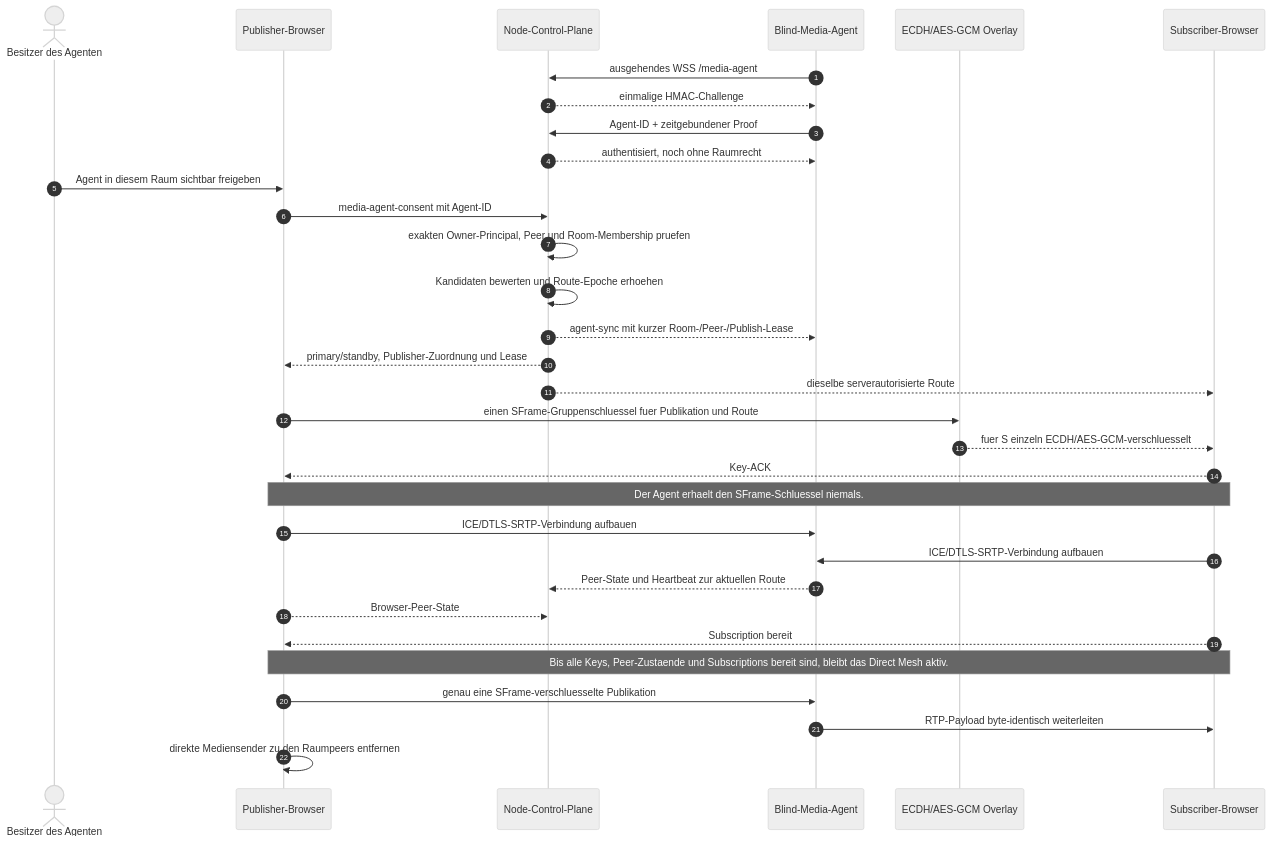
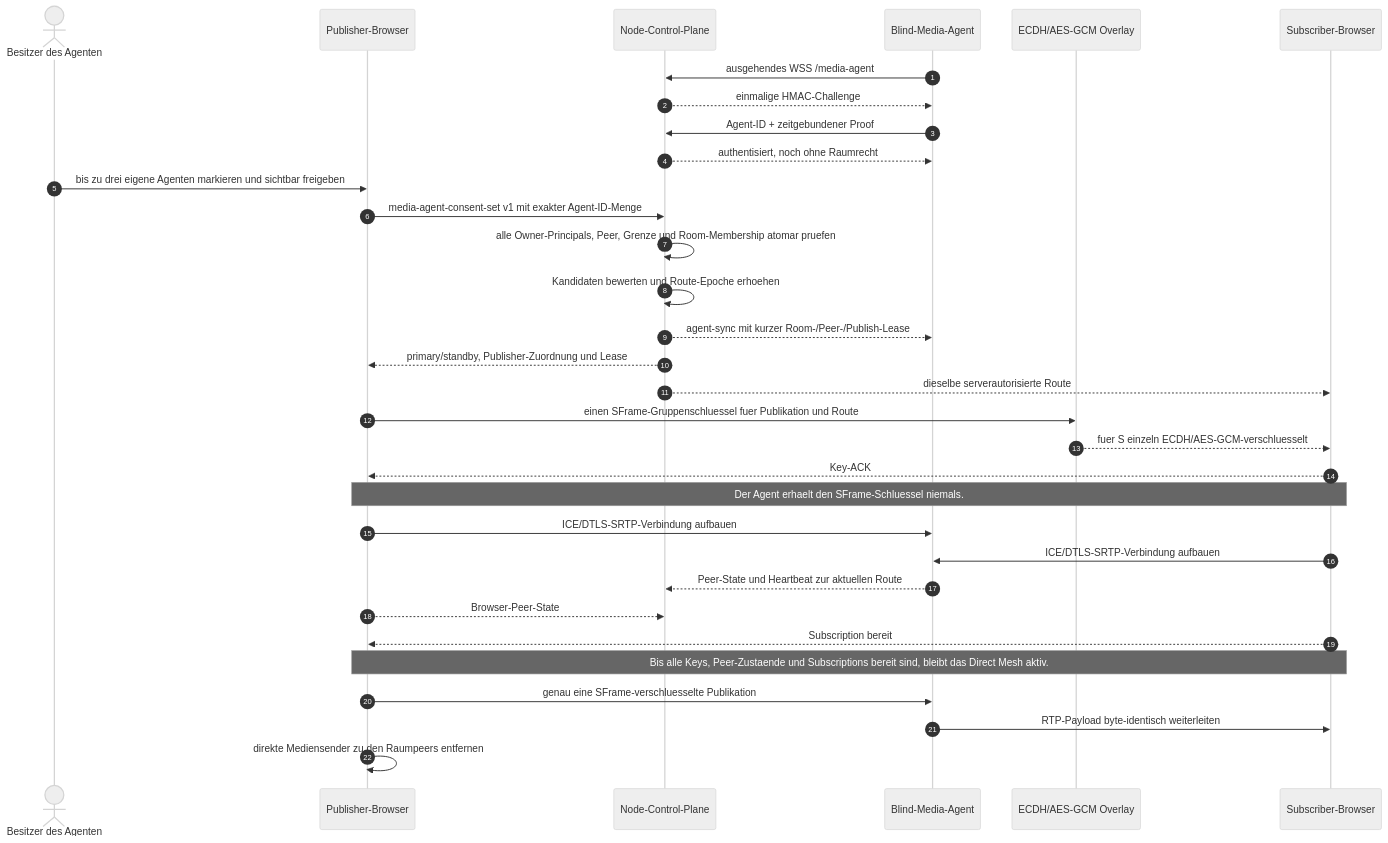
One commit to ananta888/webrtc-minimize-server changed the sixth of 14 diagrams in docs/current-architecture-uml.md. Above: the diagram before and after it, drawn with Mermaid (neutral theme). The commit also changed 15 other files, not shown here.

Commit message:
feat(media-agent): consent multiple owned agents

````diff
--- a/docs/current-architecture-uml.md
+++ b/docs/current-architecture-uml.md
@@ -289,39 +289,39 @@
 ```mermaid
 sequenceDiagram
     autonumber
     actor U as Besitzer des Agenten
     participant P as Publisher-Browser
     participant CP as Node-Control-Plane
     participant M as Blind-Media-Agent
     participant O as ECDH/AES-GCM Overlay
     participant S as Subscriber-Browser
 
     M->>CP: ausgehendes WSS /media-agent
     CP-->>M: einmalige HMAC-Challenge
     M->>CP: Agent-ID + zeitgebundener Proof
     CP-->>M: authentisiert, noch ohne Raumrecht
 
-    U->>P: Agent in diesem Raum sichtbar freigeben
-    P->>CP: media-agent-consent mit Agent-ID
-    CP->>CP: exakten Owner-Principal, Peer und Room-Membership pruefen
+    U->>P: bis zu drei eigene Agenten markieren und sichtbar freigeben
+    P->>CP: media-agent-consent-set v1 mit exakter Agent-ID-Menge
+    CP->>CP: alle Owner-Principals, Peer, Grenze und Room-Membership atomar pruefen
     CP->>CP: Kandidaten bewerten und Route-Epoche erhoehen
     CP-->>M: agent-sync mit kurzer Room-/Peer-/Publish-Lease
     CP-->>P: primary/standby, Publisher-Zuordnung und Lease
     CP-->>S: dieselbe serverautorisierte Route
 
     P->>O: einen SFrame-Gruppenschluessel fuer Publikation und Route
     O-->>S: fuer S einzeln ECDH/AES-GCM-verschluesselt
     S-->>P: Key-ACK
     Note over P,S: Der Agent erhaelt den SFrame-Schluessel niemals.
 
     P->>M: ICE/DTLS-SRTP-Verbindung aufbauen
     S->>M: ICE/DTLS-SRTP-Verbindung aufbauen
     M-->>CP: Peer-State und Heartbeat zur aktuellen Route
     P-->>CP: Browser-Peer-State
     S-->>P: Subscription bereit
 
     Note over P,S: Bis alle Keys, Peer-Zustaende und Subscriptions bereit sind, bleibt das Direct Mesh aktiv.
     P->>M: genau eine SFrame-verschluesselte Publikation
     M->>S: RTP-Payload byte-identisch weiterleiten
     P->>P: direkte Mediensender zu den Raumpeers entfernen
 ```
````
